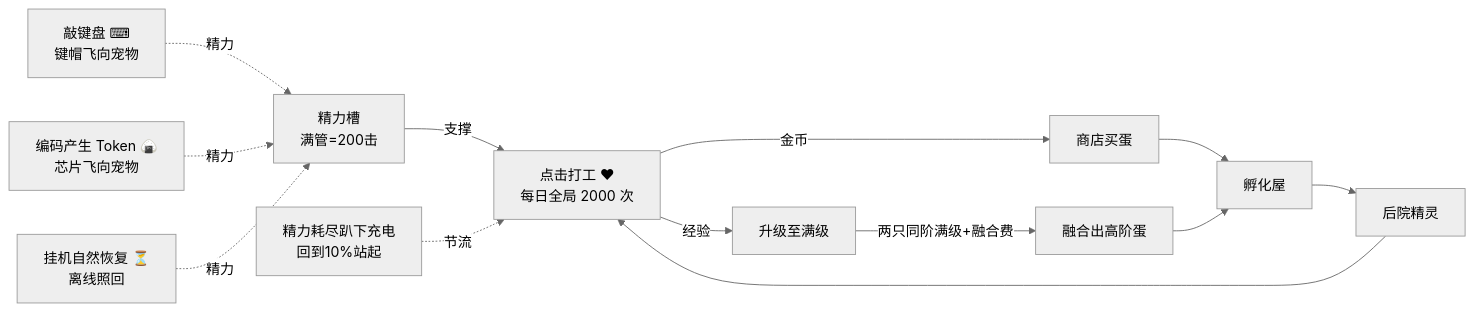
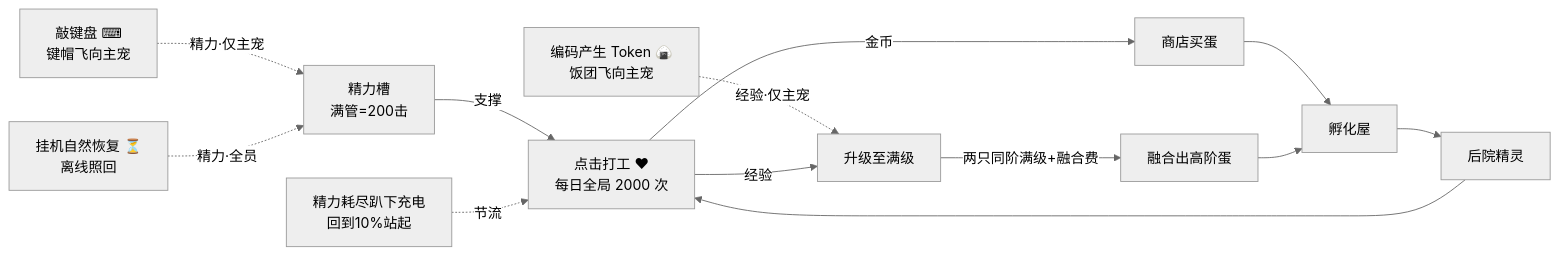
The diagram in docs/gdd/InteractionEconomy.md (SpecterMyth/Gulugulu), drawn with Mermaid (neutral theme) before and after one commit. The commit also changed other lines of this file and 28 other files, not shown here.

````diff
--- a/docs/gdd/InteractionEconomy.md
+++ b/docs/gdd/InteractionEconomy.md
@@ -29,13 +32,13 @@
 ```mermaid
 flowchart LR
-  K[敲键盘 ⌨<br>键帽飞向宠物] -.精力.-> E[精力槽<br>满管=200击]
-  T[编码产生 Token 🍙<br>芯片飞向宠物] -.精力.-> E
-  I[挂机自然恢复 ⏳<br>离线照回] -.精力.-> E
+  K[敲键盘 ⌨<br>键帽飞向主宠] -.精力·仅主宠.-> E[精力槽<br>满管=200击]
+  I[挂机自然恢复 ⏳<br>离线照回] -.精力·全员.-> E
+  T[编码产生 Token 🍙<br>饭团飞向主宠] -.经验·仅主宠.-> L[升级至满级]
   E -->|支撑| W[点击打工 ❤<br>每日全局 2000 次]
   W -->|金币| S[商店买蛋] --> H[孵化屋] --> Y[后院精灵]
-  W -->|经验| L[升级至满级]
+  W -->|经验| L
   L -->|两只同阶满级+融合费| F[融合出高阶蛋]
   F --> H
   Y --> W
   Z[精力耗尽趴下充电<br>回到10%站起] -.节流.-> W
 ```
````
